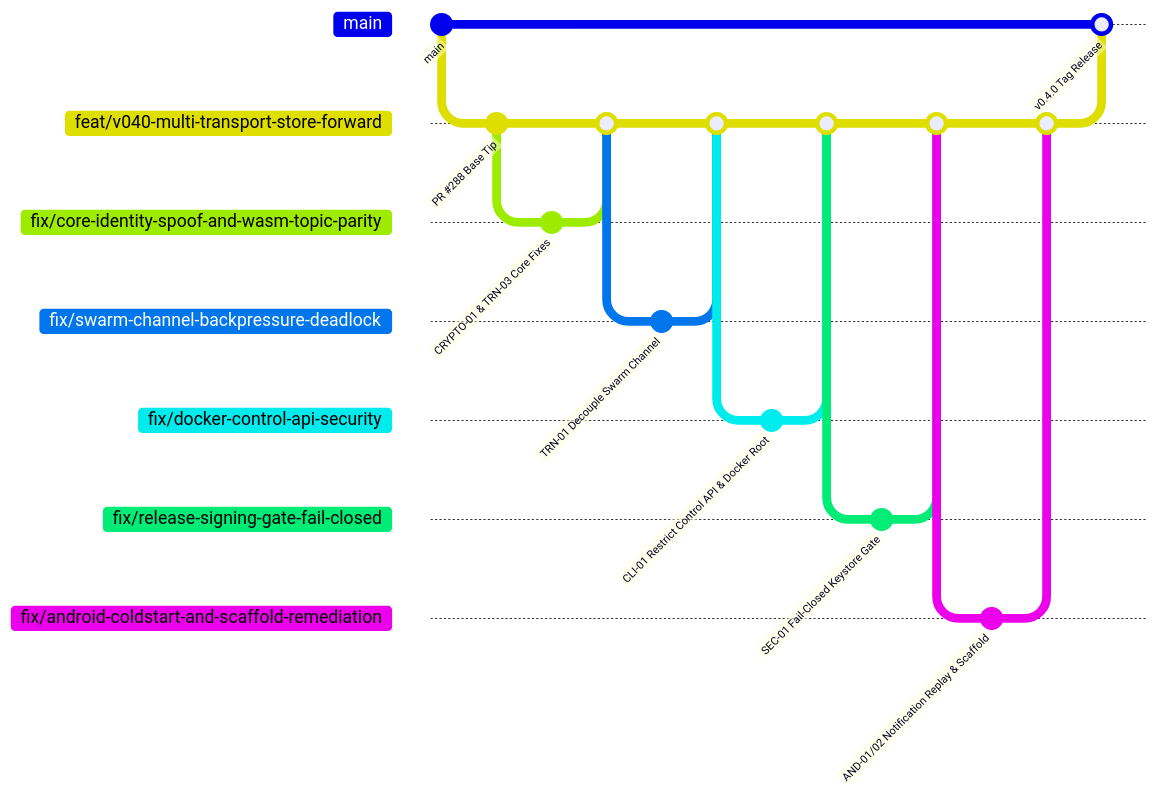
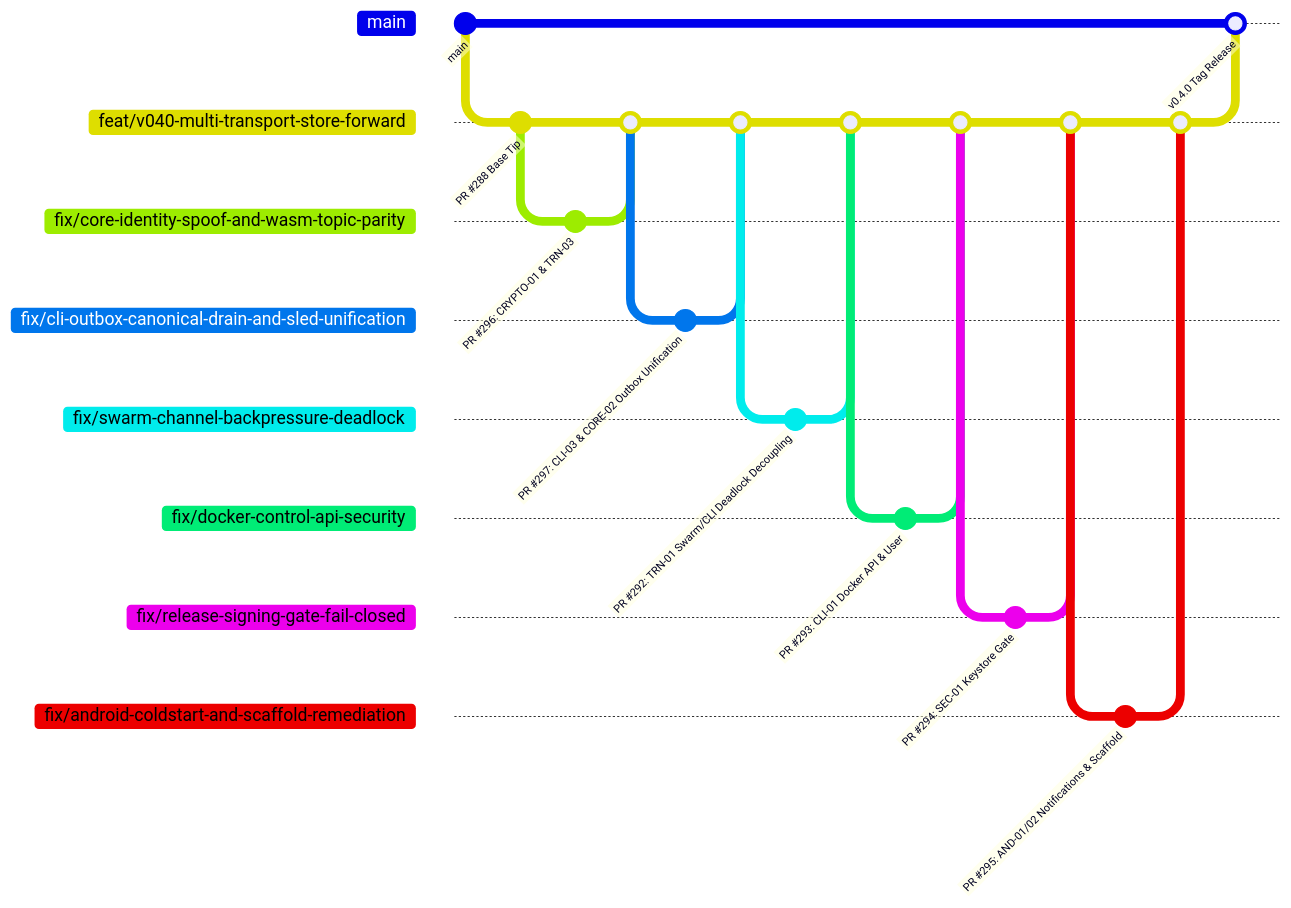
One commit to Sovereign-Communication/SCMessenger changed the diagram in HANDOFF/audit/SHADOW_AUDIT_V040_V050_ADVERSARIAL_REVIEW_2026-09-16.md. Above: the diagram before and after it, drawn with Mermaid. The commit also changed other lines of this file, not shown here.

Commit message:
docs(audit): incorporate CLI/Swarm bidirectional deadlock and outbox addressing root causes

````diff
--- a/HANDOFF/audit/SHADOW_AUDIT_V040_V050_ADVERSARIAL_REVIEW_2026-09-16.md
+++ b/HANDOFF/audit/SHADOW_AUDIT_V040_V050_ADVERSARIAL_REVIEW_2026-09-16.md
@@ -106,40 +73,46 @@
 ```mermaid
 gitGraph
    commit id: "main"
    branch feat/v040-multi-transport-store-forward
    checkout feat/v040-multi-transport-store-forward
    commit id: "PR #288 Base Tip"
    
    branch fix/core-identity-spoof-and-wasm-topic-parity
    checkout fix/core-identity-spoof-and-wasm-topic-parity
-   commit id: "CRYPTO-01 & TRN-03 Core Fixes"
+   commit id: "PR #296: CRYPTO-01 & TRN-03"
    checkout feat/v040-multi-transport-store-forward
    merge fix/core-identity-spoof-and-wasm-topic-parity
    
+   branch fix/cli-outbox-canonical-drain-and-sled-unification
+   checkout fix/cli-outbox-canonical-drain-and-sled-unification
+   commit id: "PR #297: CLI-03 & CORE-02 Outbox Unification"
+   checkout feat/v040-multi-transport-store-forward
+   merge fix/cli-outbox-canonical-drain-and-sled-unification
+   
    branch fix/swarm-channel-backpressure-deadlock
    checkout fix/swarm-channel-backpressure-deadlock
-   commit id: "TRN-01 Decouple Swarm Channel"
+   commit id: "PR #292: TRN-01 Swarm/CLI Deadlock Decoupling"
    checkout feat/v040-multi-transport-store-forward
    merge fix/swarm-channel-backpressure-deadlock
    
    branch fix/docker-control-api-security
    checkout fix/docker-control-api-security
-   commit id: "CLI-01 Restrict Control API & Docker Root"
+   commit id: "PR #293: CLI-01 Docker API & User"
    checkout feat/v040-multi-transport-store-forward
    merge fix/docker-control-api-security
    
    branch fix/release-signing-gate-fail-closed
    checkout fix/release-signing-gate-fail-closed
-   commit id: "SEC-01 Fail-Closed Keystore Gate"
+   commit id: "PR #294: SEC-01 Keystore Gate"
    checkout feat/v040-multi-transport-store-forward
    merge fix/release-signing-gate-fail-closed
    
    branch fix/android-coldstart-and-scaffold-remediation
    checkout fix/android-coldstart-and-scaffold-remediation
-   commit id: "AND-01/02 Notification Replay & Scaffold"
+   commit id: "PR #295: AND-01/02 Notifications & Scaffold"
    checkout feat/v040-multi-transport-store-forward
    merge fix/android-coldstart-and-scaffold-remediation
    
    checkout main
    merge feat/v040-multi-transport-store-forward id: "v0.4.0 Tag Release"
 ```
````
